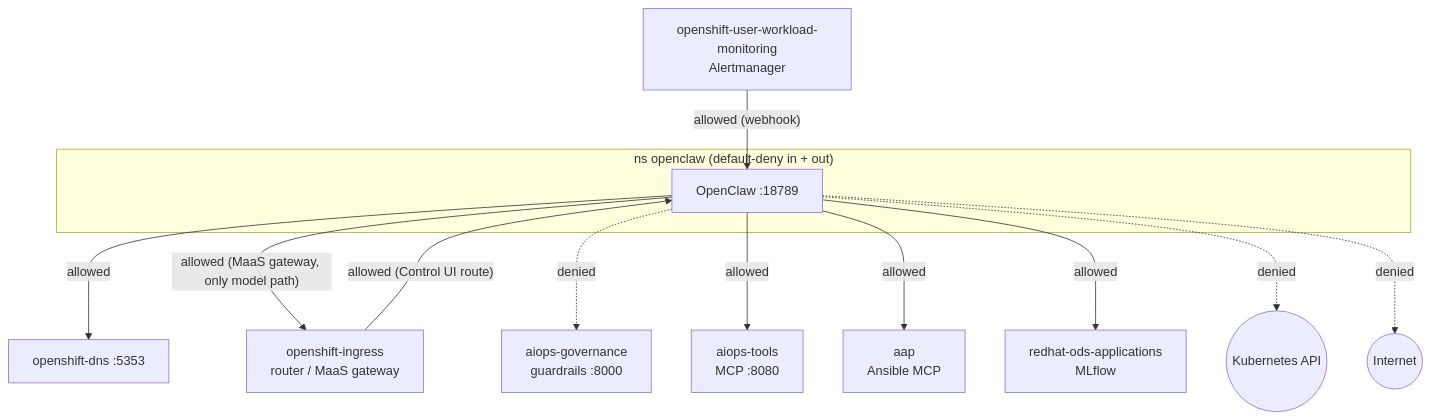
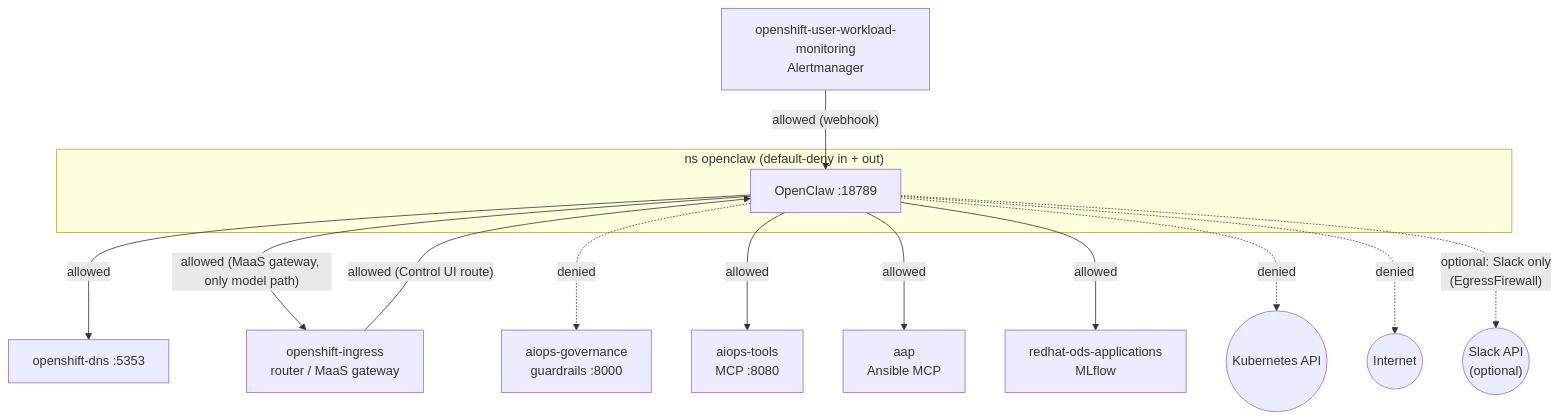
The first of 7 diagrams in docs/architecture.md (lccherri/openclaw-aiops-poc), drawn with Mermaid before and after one commit. The commit also changed other lines of this file and 28 other files, not shown here.

````diff
--- a/docs/architecture.md
+++ b/docs/architecture.md
@@ -35,26 +35,28 @@
 ```mermaid
 flowchart TB
     subgraph openclaw["ns openclaw (default-deny in + out)"]
         OC[OpenClaw :18789]
     end
     DNS[openshift-dns :5353]
     ING["openshift-ingress<br/>router / MaaS gateway"]
     GOV["aiops-governance<br/>guardrails :8000"]
     TOOLS["aiops-tools<br/>MCP :8080"]
     AAP["aap<br/>Ansible MCP"]
     MLF["redhat-ods-applications<br/>MLflow"]
     UWM["openshift-user-workload-monitoring<br/>Alertmanager"]
     API(("Kubernetes API"))
     NET(("Internet"))
+    SLK(("Slack API<br/>(optional)"))
 
     OC -->|allowed| DNS
     OC -->|"allowed (MaaS gateway, only model path)"| ING
     OC -.->|denied| GOV
     OC -->|allowed| TOOLS
     OC -->|allowed| AAP
     OC -->|allowed| MLF
     ING -->|"allowed (Control UI route)"| OC
     UWM -->|"allowed (webhook)"| OC
     OC -.->|denied| API
     OC -.->|denied| NET
+    OC -. "optional: Slack only<br/>(EgressFirewall)" .-> SLK
 ```
````
